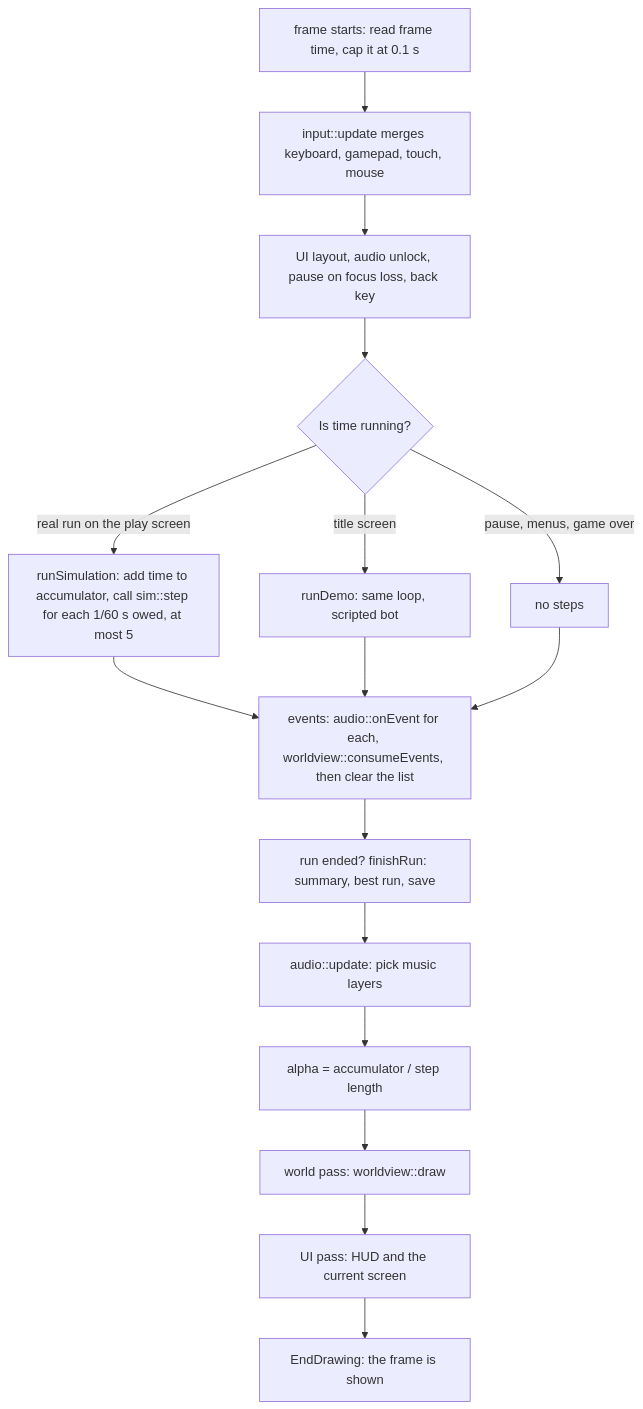
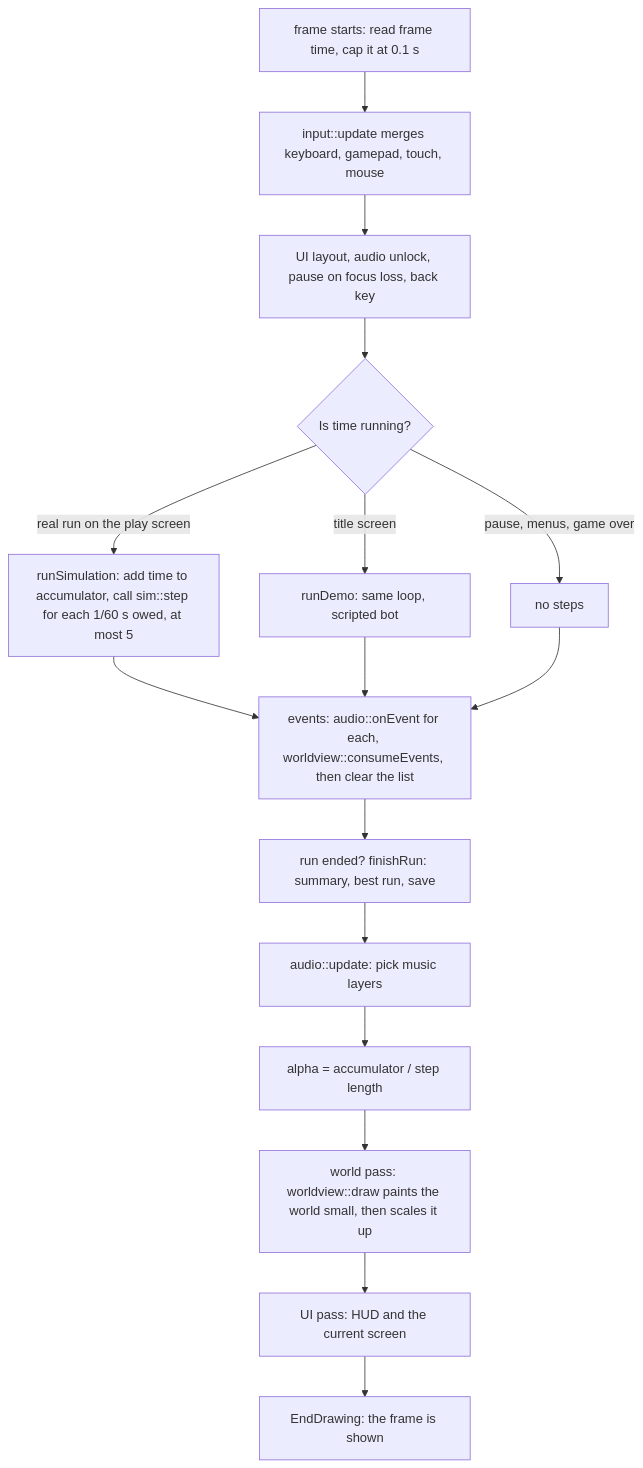
Before and after one commit to ShanPla/Last-Stand: the second of 3 diagrams in docs/ARCHITECTURE.md, drawn with Mermaid. The commit also changed other lines of this file, not shown here.

First line of the commit message:
docs: update architecture guide for the pixel world

````diff
--- a/docs/ARCHITECTURE.md
+++ b/docs/ARCHITECTURE.md
@@ -129,18 +148,18 @@
 ```mermaid
 flowchart TD
     A["frame starts: read frame time, cap it at 0.1 s"] --> B["input::update merges keyboard, gamepad, touch, mouse"]
     B --> C["UI layout, audio unlock, pause on focus loss, back key"]
     C --> D{"Is time running?"}
     D -->|"real run on the play screen"| E["runSimulation: add time to accumulator, call sim::step for each 1/60 s owed, at most 5"]
     D -->|"title screen"| F["runDemo: same loop, scripted bot"]
     D -->|"pause, menus, game over"| G["no steps"]
     E --> H["events: audio::onEvent for each, worldview::consumeEvents, then clear the list"]
     F --> H
     G --> H
     H --> I["run ended? finishRun: summary, best run, save"]
     I --> J["audio::update: pick music layers"]
     J --> K["alpha = accumulator / step length"]
-    K --> L["world pass: worldview::draw"]
+    K --> L["world pass: worldview::draw paints the world small, then scales it up"]
     L --> M["UI pass: HUD and the current screen"]
     M --> N["EndDrawing: the frame is shown"]
 ```
````
